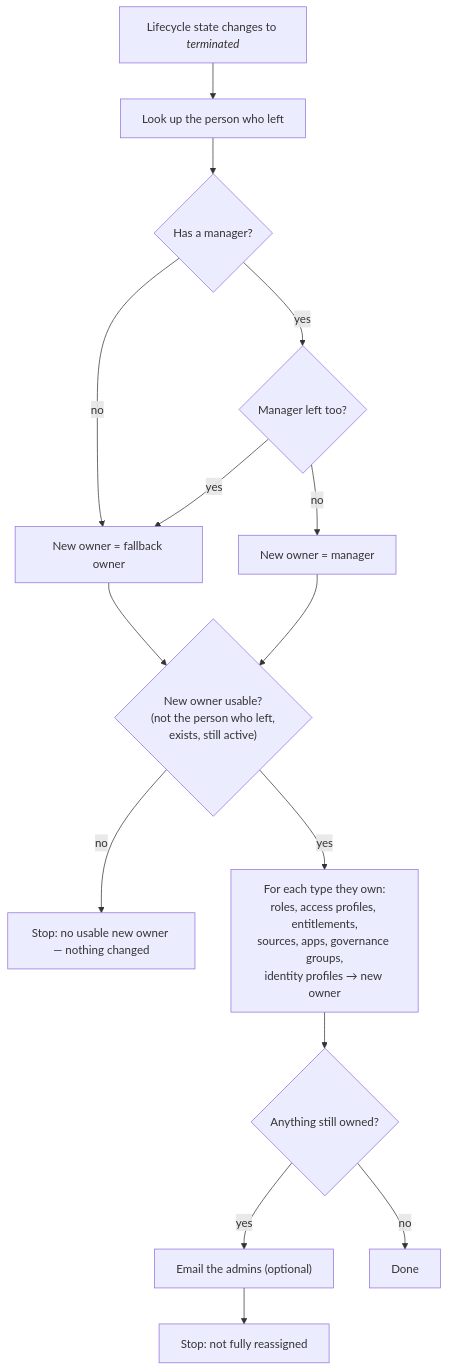
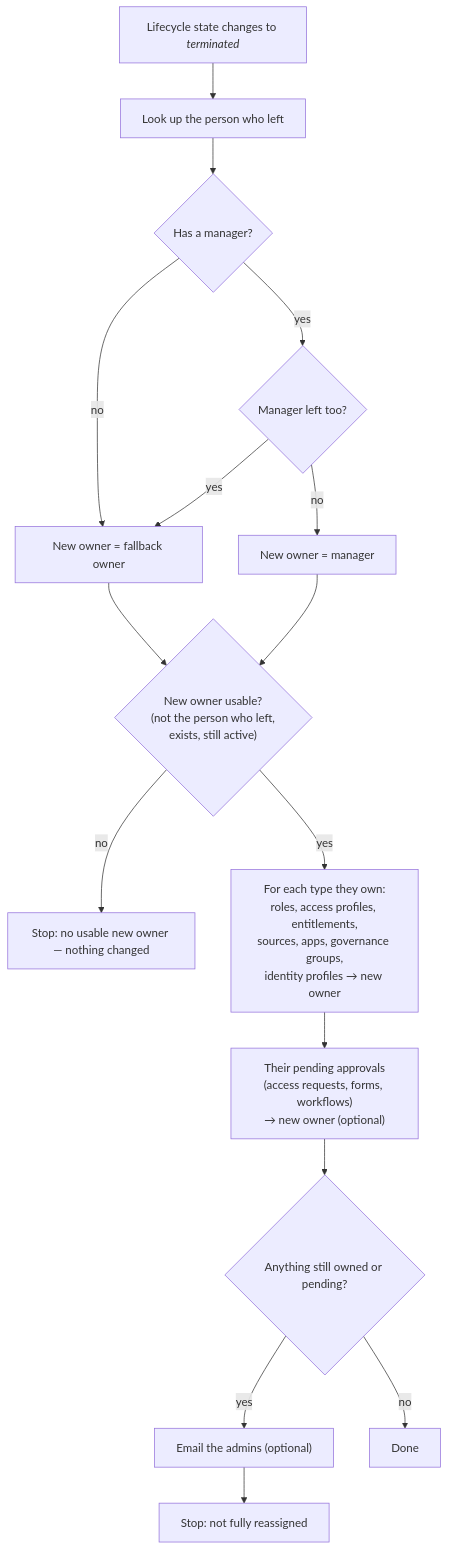
One commit to Shane-Cotta/sailpoint_bulk_access_request changed the diagram in README.md. Above: the diagram before and after it, drawn with Mermaid. The commit also changed other lines of this file and 10 other files, not shown here.

````diff
--- a/README.md
+++ b/README.md
@@ -13,16 +14,17 @@
 ```mermaid
 flowchart TD
   T["Lifecycle state changes to <i>terminated</i>"] --> G[Look up the person who left]
   G --> M{Has a manager?}
   M -- no --> F[New owner = fallback owner]
   M -- yes --> A{Manager left too?}
   A -- yes --> F
   A -- no --> N[New owner = manager]
   F --> U{"New owner usable?<br/>(not the person who left,<br/>exists, still active)"}
   N --> U
   U -- no --> X1[Stop: no usable new owner — nothing changed]
   U -- yes --> R["For each type they own:<br/>roles, access profiles, entitlements,<br/>sources, apps, governance groups,<br/>identity profiles → new owner"]
-  R --> C{Anything still owned?}
+  R --> P["Their pending approvals<br/>(access requests, forms, workflows)<br/>→ new owner (optional)"]
+  P --> C{Anything still owned or pending?}
   C -- yes --> E["Email the admins (optional)"] --> X2[Stop: not fully reassigned]
   C -- no --> D[Done]
 ```
````
